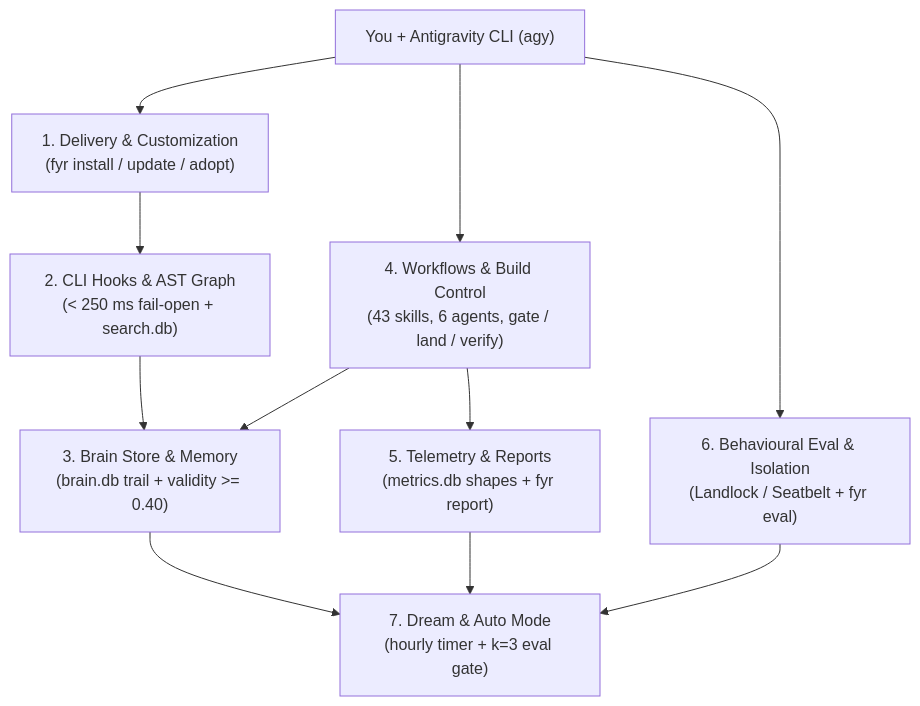
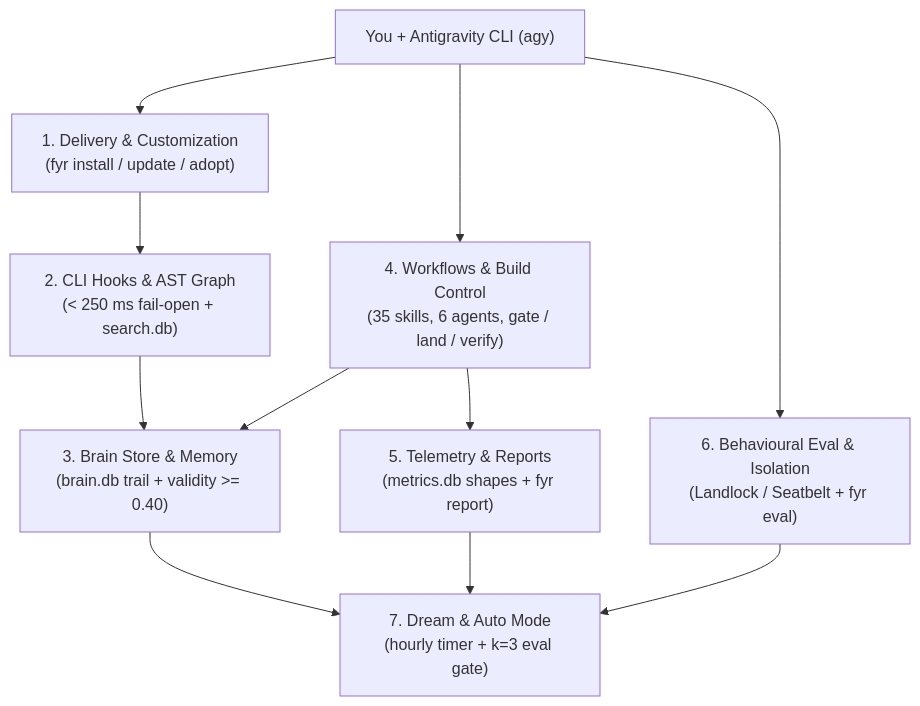
Before and after one commit to kesokaj/fyr: the first of 4 diagrams in README.md, drawn with Mermaid. The commit also changed other lines of this file and 13 other files, not shown here.

````diff
--- a/README.md
+++ b/README.md
@@ -21,13 +21,13 @@
 ```mermaid
 flowchart TB
     devEnv["You + Antigravity CLI (agy)"] --> delivery["1. Delivery & Customization\n(fyr install / update / adopt)"]
     delivery --> hooks["2. CLI Hooks & AST Graph\n(< 250 ms fail-open + search.db)"]
     hooks --> brain["3. Brain Store & Memory\n(brain.db trail + validity >= 0.40)"]
-    devEnv --> workflows["4. Workflows & Build Control\n(43 skills, 6 agents, gate / land / verify)"]
+    devEnv --> workflows["4. Workflows & Build Control\n(35 skills, 6 agents, gate / land / verify)"]
     workflows --> brain
     workflows --> metrics["5. Telemetry & Reports\n(metrics.db shapes + fyr report)"]
     devEnv --> evalIso["6. Behavioural Eval & Isolation\n(Landlock / Seatbelt + fyr eval)"]
     metrics --> dreamAuto["7. Dream & Auto Mode\n(hourly timer + k=3 eval gate)"]
     brain --> dreamAuto
     evalIso --> dreamAuto
 ```
````
